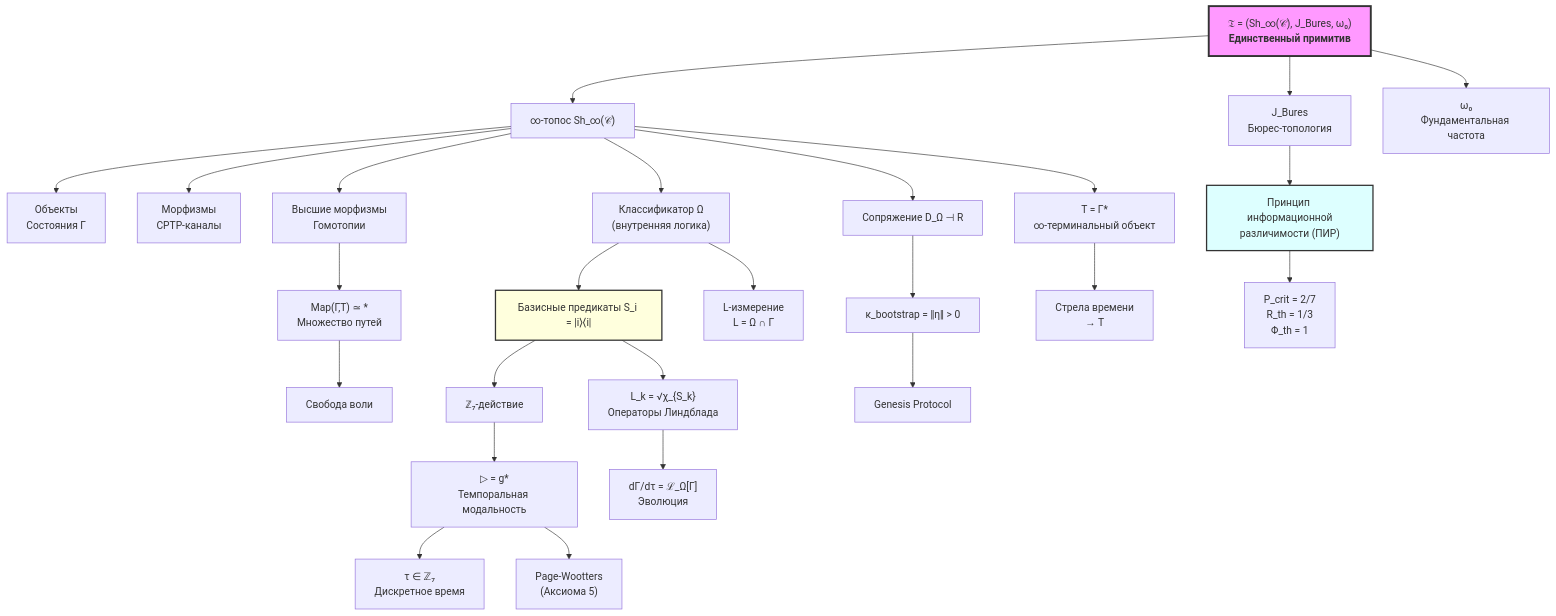
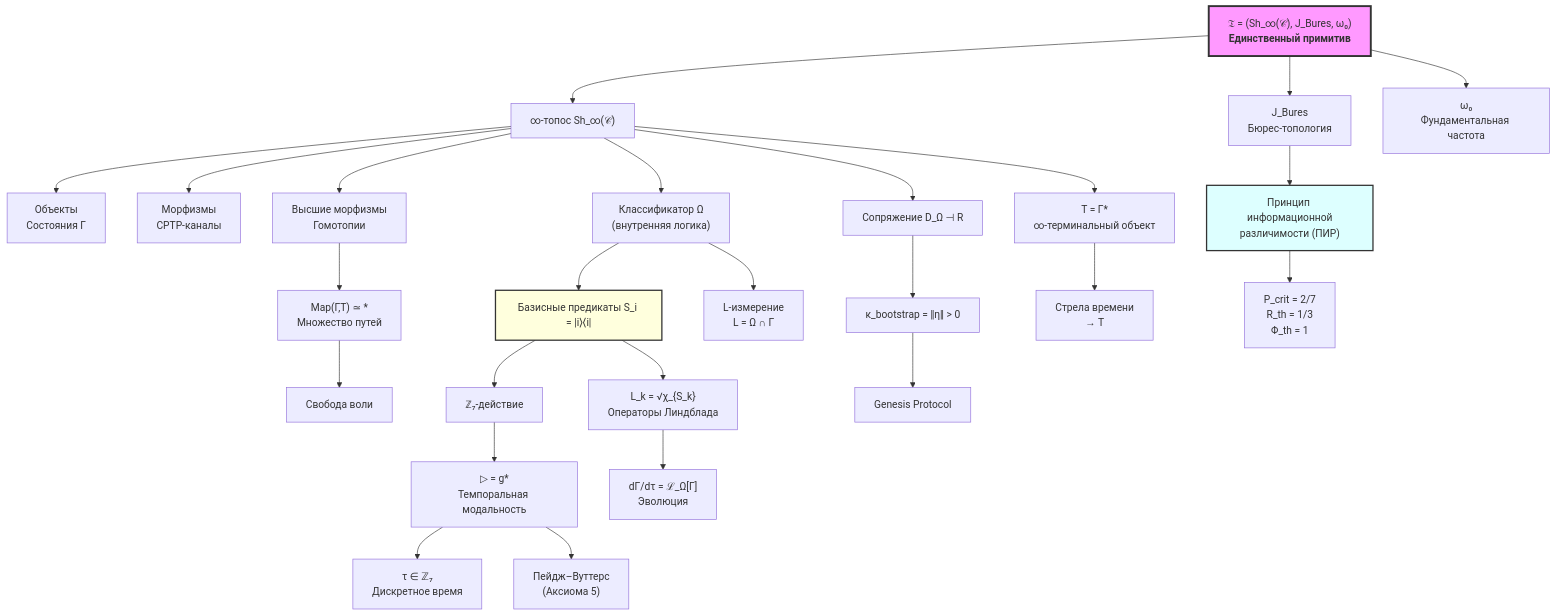
The second of 2 diagrams in website/docs/core/foundations/axiom-omega.md (uhm-theory/holon), drawn with Mermaid before and after one commit. The commit also changed other lines of this file and 117 other files, not shown here.

````diff
--- a/website/docs/core/foundations/axiom-omega.md
+++ b/website/docs/core/foundations/axiom-omega.md
@@ -1303,40 +1303,40 @@
 ```mermaid
 graph TD
     Prim["𝔗 = (Sh_∞(𝒞), J_Bures, ω₀)<br/><b>Единственный примитив</b>"] --> T["∞-топос Sh_∞(𝒞)"]
     Prim --> Bures["J_Bures<br/>Бюрес-топология"]
     Prim --> Omega0["ω₀<br/>Фундаментальная частота"]
 
     T --> Ob["Объекты<br/>Состояния Γ"]
     T --> Mor["Морфизмы<br/>CPTP-каналы"]
     T --> Higher["Высшие морфизмы<br/>Гомотопии"]
     T --> Omega["Классификатор Ω<br/>(внутренняя логика)"]
 
     Omega --> Atoms["Базисные предикаты S_i = |i⟩⟨i|"]
     Atoms --> Z7["ℤ₇-действие"]
     Z7 --> Modal["▷ = g*<br/>Темпоральная модальность"]
 
     Omega --> L["L-измерение<br/>L = Ω ∩ Γ"]
     Atoms --> Lk["L_k = √χ_{S_k}<br/>Операторы Линдблада"]
 
     T --> Adj["Сопряжение D_Ω ⊣ R"]
     Adj --> Kboot["κ_bootstrap = ‖η‖ > 0"]
 
     Bures --> PIR["Принцип информационной<br/>различимости (ПИР)"]
     PIR --> Thresholds["P_crit = 2/7<br/>R_th = 1/3<br/>Φ_th = 1"]
 
     Modal --> tau["τ ∈ ℤ₇<br/>Дискретное время"]
-    Modal --> PW["Page-Wootters<br/>(Аксиома 5)"]
+    Modal --> PW["Пейдж–Вуттерс<br/>(Аксиома 5)"]
 
     Lk --> Evol["dΓ/dτ = ℒ_Ω[Γ]<br/>Эволюция"]
 
     T --> Term["T = Γ*<br/>∞-терминальный объект"]
     Term --> Arrow["Стрела времени<br/>→ T"]
     Higher --> Freedom["Map(Γ,T) ≃ *<br/>Множество путей"]
     Freedom --> Will["Свобода воли"]
 
     Kboot --> Genesis["Genesis Protocol"]
 
     style Prim fill:#f9f,stroke:#333,stroke-width:3px
     style Atoms fill:#ffd,stroke:#333,stroke-width:2px
     style PIR fill:#dff,stroke:#333,stroke-width:2px
 ```
````
